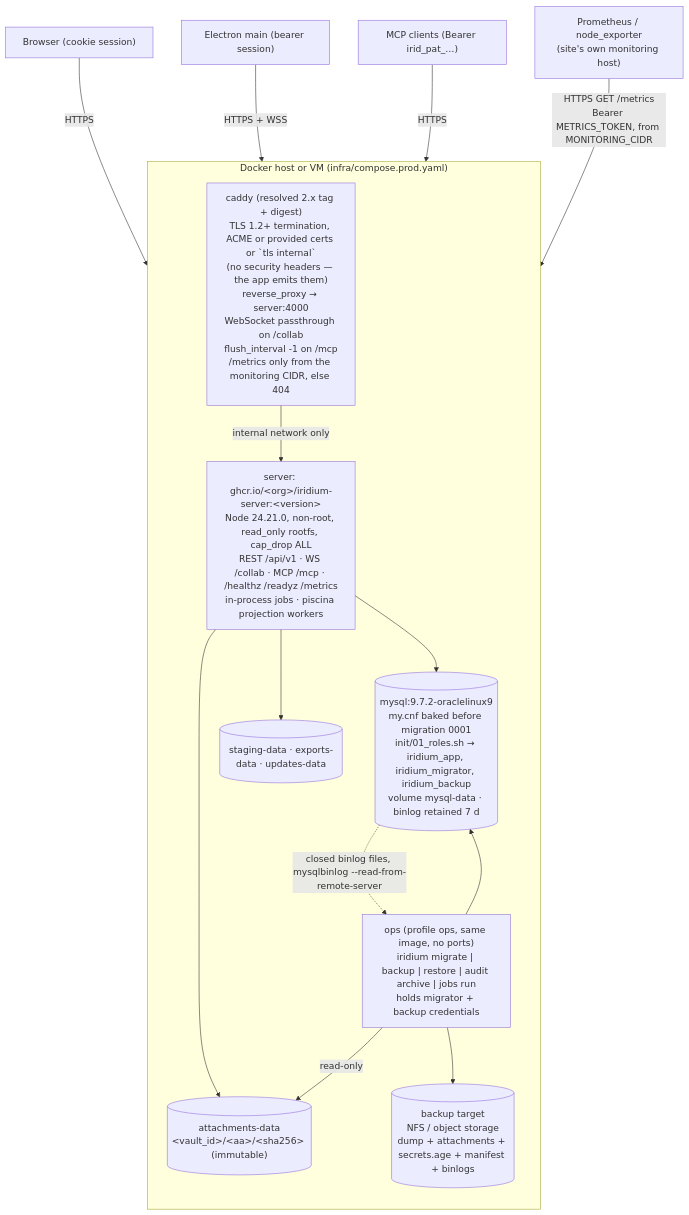
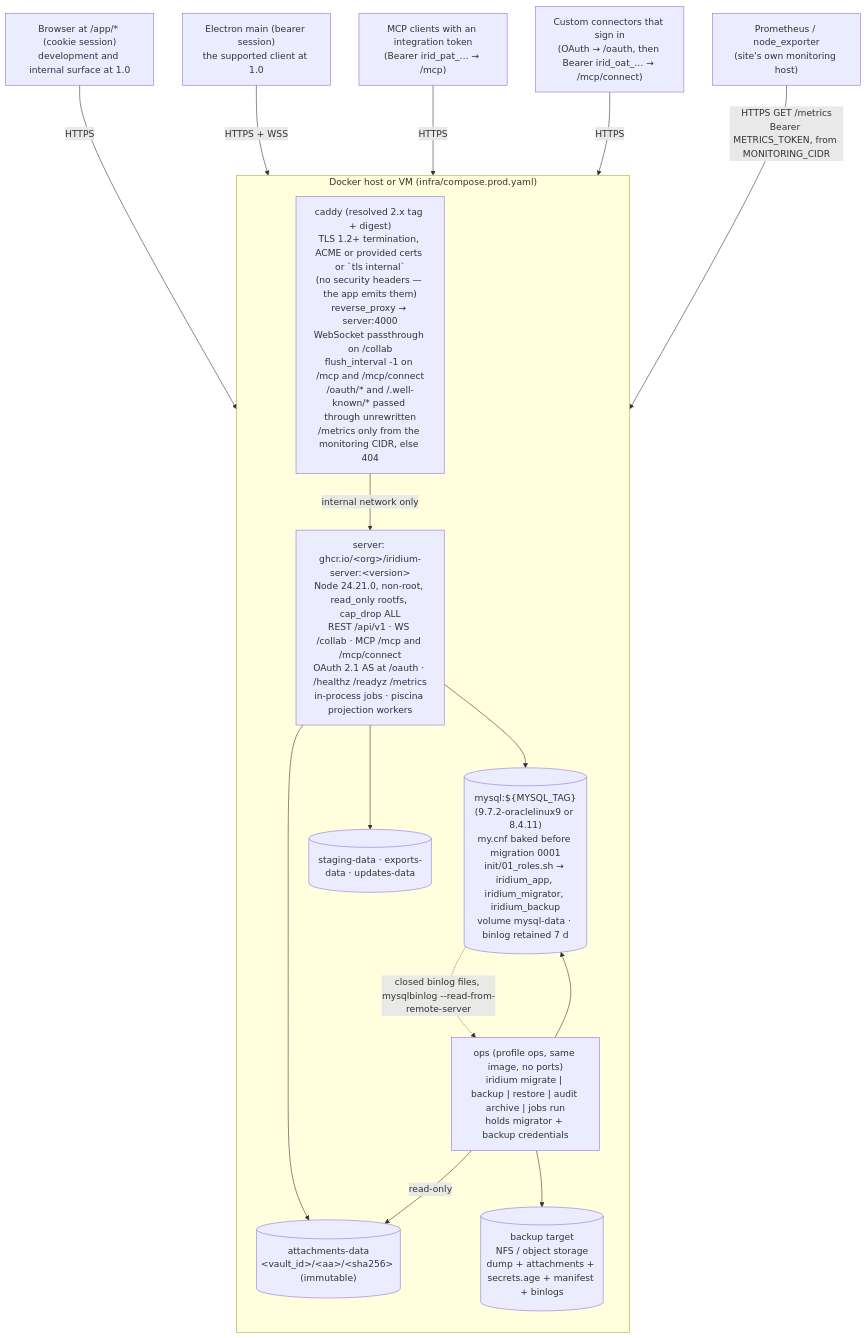
One commit to Mythikos/iridium changed the first of 4 diagrams in docs/plan/11-operations-and-deployment.md. Above: the diagram before and after it, drawn with Mermaid. The commit also changed other lines of this file and 15 other files, not shown here.

````diff
--- a/docs/plan/11-operations-and-deployment.md
+++ b/docs/plan/11-operations-and-deployment.md
@@ -13,25 +13,26 @@
 ```mermaid
 flowchart TB
   subgraph Host["Docker host or VM (infra/compose.prod.yaml)"]
     direction TB
-    CADDY["caddy (resolved 2.x tag + digest)<br/>TLS 1.2+ termination, ACME or provided certs or `tls internal`<br/>(no security headers — the app emits them)<br/>reverse_proxy → server:4000<br/>WebSocket passthrough on /collab<br/>flush_interval -1 on /mcp<br/>/metrics only from the monitoring CIDR, else 404"]
-    SRV["server: ghcr.io/&lt;org&gt;/iridium-server:&lt;version&gt;<br/>Node 24.21.0, non-root, read_only rootfs, cap_drop ALL<br/>REST /api/v1 · WS /collab · MCP /mcp · /healthz /readyz /metrics<br/>in-process jobs · piscina projection workers"]
+    CADDY["caddy (resolved 2.x tag + digest)<br/>TLS 1.2+ termination, ACME or provided certs or `tls internal`<br/>(no security headers — the app emits them)<br/>reverse_proxy → server:4000<br/>WebSocket passthrough on /collab<br/>flush_interval -1 on /mcp and /mcp/connect<br/>/oauth/* and /.well-known/* passed through unrewritten<br/>/metrics only from the monitoring CIDR, else 404"]
+    SRV["server: ghcr.io/&lt;org&gt;/iridium-server:&lt;version&gt;<br/>Node 24.21.0, non-root, read_only rootfs, cap_drop ALL<br/>REST /api/v1 · WS /collab · MCP /mcp and /mcp/connect<br/>OAuth 2.1 AS at /oauth · /healthz /readyz /metrics<br/>in-process jobs · piscina projection workers"]
     OPS["ops (profile ops, same image, no ports)<br/>iridium migrate | backup | restore | audit archive | jobs run<br/>holds migrator + backup credentials"]
-    DB[("mysql:9.7.2-oraclelinux9<br/>my.cnf baked before migration 0001<br/>init/01_roles.sh → iridium_app, iridium_migrator, iridium_backup<br/>volume mysql-data · binlog retained 7 d")]
+    DB[("mysql:${MYSQL_TAG}<br/>(9.7.2-oraclelinux9 or 8.4.11)<br/>my.cnf baked before migration 0001<br/>init/01_roles.sh → iridium_app, iridium_migrator, iridium_backup<br/>volume mysql-data · binlog retained 7 d")]
     ATT[("attachments-data<br/>&lt;vault_id&gt;/&lt;aa&gt;/&lt;sha256&gt; (immutable)")]
     VOL[("staging-data · exports-data · updates-data")]
     BK[("backup target<br/>NFS / object storage<br/>dump + attachments + secrets.age + manifest + binlogs")]
   end
-  WEB["Browser (cookie session)"] -->|HTTPS| CADDY
-  DESK["Electron main (bearer session)"] -->|HTTPS + WSS| CADDY
-  AGENT["MCP clients (Bearer irid_pat_…)"] -->|HTTPS| CADDY
+  WEB["Browser at /app/* (cookie session)<br/>development and internal surface at 1.0"] -->|HTTPS| CADDY
+  DESK["Electron main (bearer session)<br/>the supported client at 1.0"] -->|HTTPS + WSS| CADDY
+  AGENT["MCP clients with an integration token<br/>(Bearer irid_pat_… → /mcp)"] -->|HTTPS| CADDY
+  CONN["Custom connectors that sign in<br/>(OAuth → /oauth, then Bearer irid_oat_… → /mcp/connect)"] -->|HTTPS| CADDY
   PROM["Prometheus / node_exporter<br/>(site's own monitoring host)"] -->|"HTTPS GET /metrics<br/>Bearer METRICS_TOKEN, from MONITORING_CIDR"| CADDY
   CADDY -->|internal network only| SRV
   SRV --> DB
   SRV --> ATT
   SRV --> VOL
   OPS --> DB
   OPS -->|read-only| ATT
   OPS --> BK
   DB -.->|closed binlog files, mysqlbinlog --read-from-remote-server| OPS
 ```
````
